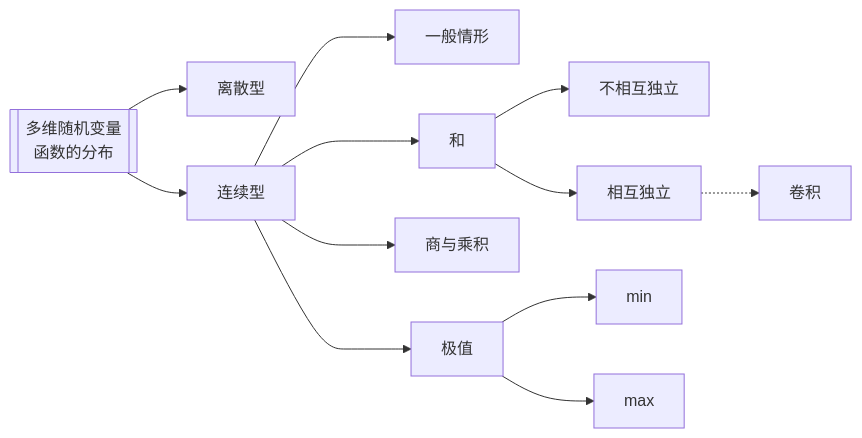
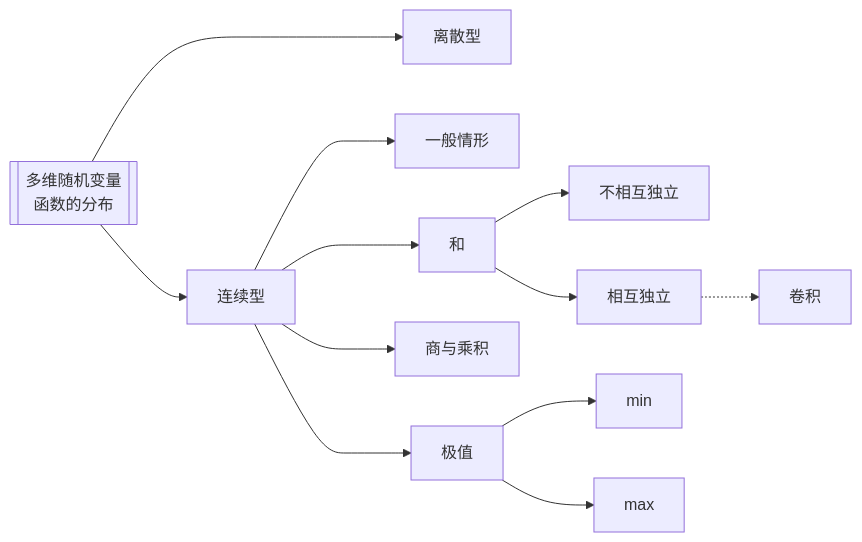
Before and after one commit to UNLINEARITY/Learn-Everything: the diagram in src/site/notes/多维随机变量函数的分布.md, drawn with Mermaid. The commit also changed other lines of this file, not shown here.

````diff
--- a/src/site/notes/多维随机变量函数的分布.md
+++ b/src/site/notes/多维随机变量函数的分布.md
@@ -7,9 +7,10 @@
 ```mermaid
 graph LR
 1[["多维随机变量
-函数的分布"]]-->离散型  & 连续型
+函数的分布"]]--> 连续型
+1----> 离散型
 连续型--->一般情形 & 和 & 商与乘积 & 极值
 和-->不相互独立
 和-->相互独立-.->卷积
 极值--> min & max
 ```
````
